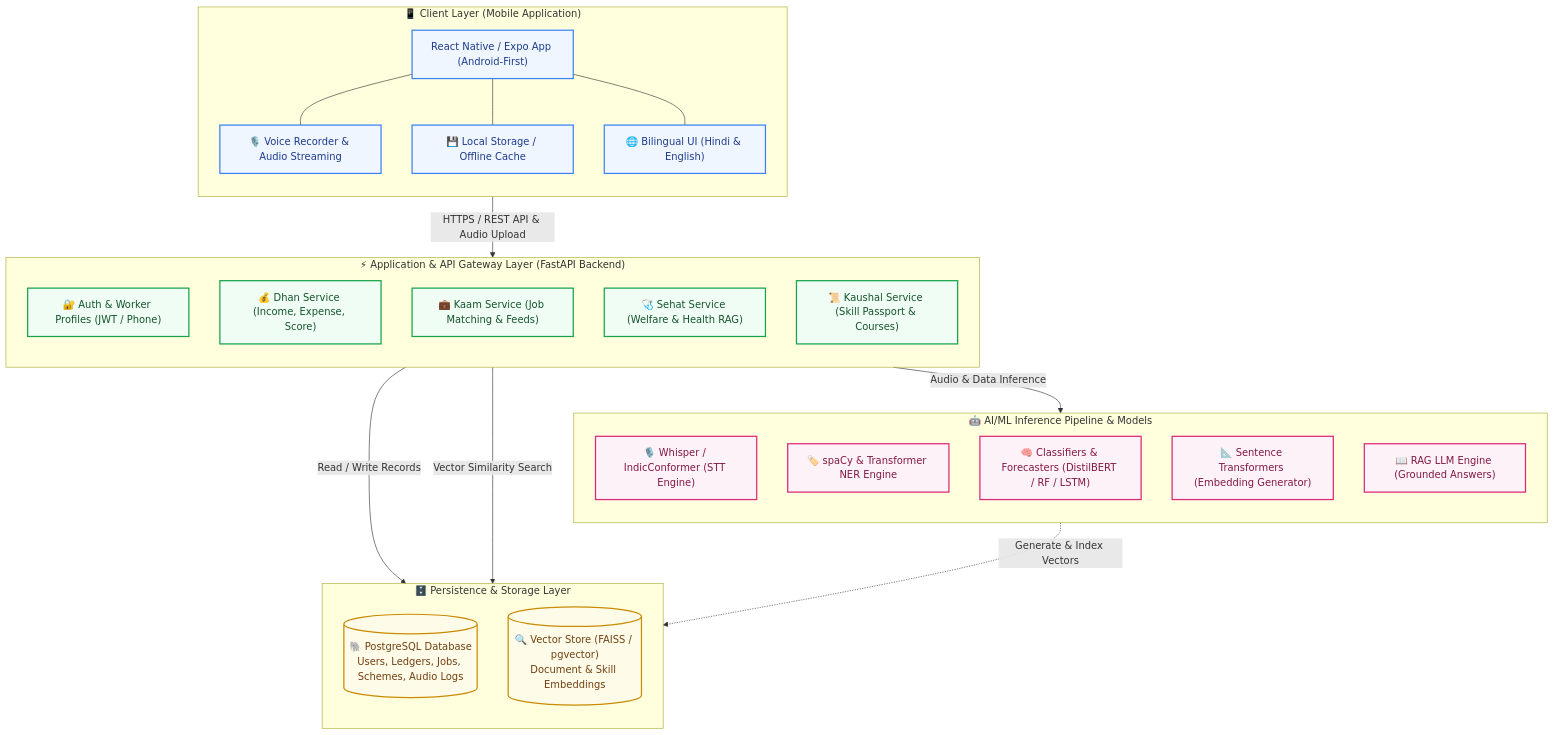
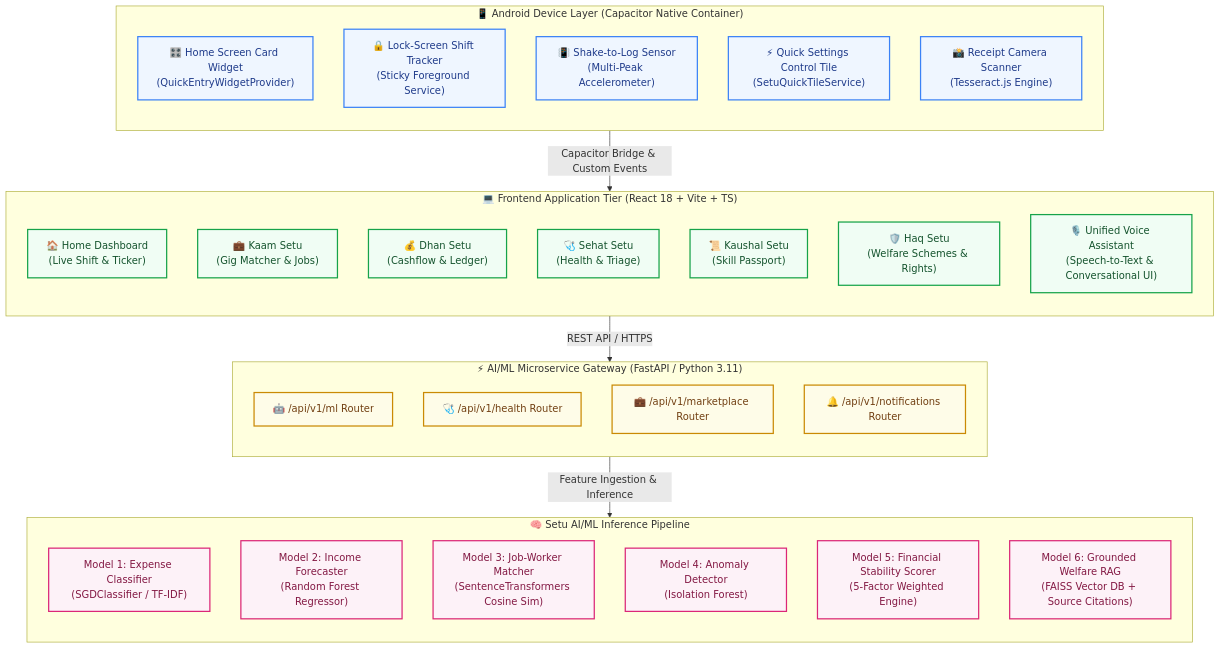
The first of 2 diagrams in README.md (bhumika-chaudhari/fairwork-setu), drawn with Mermaid before and after one commit. The commit also changed other lines of this file, not shown here.

Commit message:
docs(readme): rewrite comprehensive presentation-ready README with architecture, native innovations, and ML pipelines

````diff
--- a/README.md
+++ b/README.md
@@ -33,55 +34,56 @@
 ```mermaid
 flowchart TD
-    subgraph ClientTier ["📱 Client Layer (Mobile Application)"]
+    subgraph MobileDevice ["📱 Android Device Layer (Capacitor Native Container)"]
         direction TB
-        RN["React Native / Expo App (Android-First)"]
-        VoiceRec["🎙️ Voice Recorder & Audio Streaming"]
-        LocalCache["💾 Local Storage / Offline Cache"]
-        i18n["🌐 Bilingual UI (Hindi & English)"]
-        RN --- VoiceRec
-        RN --- LocalCache
-        RN --- i18n
+        AppWidget["🎛️ Home Screen Card Widget<br/>(QuickEntryWidgetProvider)"]
+        LockScreen["🔒 Lock-Screen Shift Tracker<br/>(Sticky Foreground Service)"]
+        ShakeSensor["📳 Shake-to-Log Sensor<br/>(Multi-Peak Accelerometer)"]
+        QuickTile["⚡ Quick Settings Control Tile<br/>(SetuQuickTileService)"]
+        CameraOCR["📸 Receipt Camera Scanner<br/>(Tesseract.js Engine)"]
     end
 
-    subgraph APITier ["⚡ Application & API Gateway Layer (FastAPI Backend)"]
+    subgraph ClientPWA ["💻 Frontend Application Tier (React 18 + Vite + TS)"]
         direction TB
-        AuthSvc["🔐 Auth & Worker Profiles (JWT / Phone)"]
-        DhanSvc["💰 Dhan Service (Income, Expense, Score)"]
-        KaamSvc["💼 Kaam Service (Job Matching & Feeds)"]
-        SehatSvc["🩺 Sehat Service (Welfare & Health RAG)"]
-        KaushalSvc["📜 Kaushal Service (Skill Passport & Courses)"]
+        UI_Home["🏠 Home Dashboard<br/>(Live Shift & Ticker)"]
+        UI_Kaam["💼 Kaam Setu<br/>(Gig Matcher & Jobs)"]
+        UI_Dhan["💰 Dhan Setu<br/>(Cashflow & Ledger)"]
+        UI_Sehat["🩺 Sehat Setu<br/>(Health & Triage)"]
+        UI_Kaushal["📜 Kaushal Setu<br/>(Skill Passport)"]
+        UI_Haq["🛡️ Haq Setu<br/>(Welfare Schemes & Rights)"]
+        VoiceAssistant["🎙️ Unified Voice Assistant<br/>(Speech-to-Text & Conversational UI)"]
     end
 
-    ClientTier -->|"HTTPS / REST API & Audio Upload"| APITier
+    MobileDevice -->|"Capacitor Bridge & Custom Events"| ClientPWA
 
-    subgraph DataTier ["🗄️ Persistence & Storage Layer"]
+    subgraph BackendAPI ["⚡ AI/ML Microservice Gateway (FastAPI / Python 3.11)"]
         direction TB
-        Postgres[("🐘 PostgreSQL Database<br/>Users, Ledgers, Jobs, Schemes, Audio Logs")]
-        VectorDB[("🔍 Vector Store (FAISS / pgvector)<br/>Document & Skill Embeddings")]
+        Router_ML["🤖 /api/v1/ml Router"]
+        Router_Health["🩺 /api/v1/health Router"]
+        Router_Market["💼 /api/v1/marketplace Router"]
+        Router_Notify["🔔 /api/v1/notifications Router"]
     end
 
-    APITier -->|"Read / Write Records"| Postgres
-    APITier -->|"Vector Similarity Search"| VectorDB
+    ClientPWA -->|"REST API / HTTPS"| BackendAPI
 
-    subgraph MLSvcTier ["🤖 AI/ML Inference Pipeline & Models"]
+    subgraph MLModels ["🧠 Setu AI/ML Inference Pipeline"]
         direction TB
-        WhisperASR["🎙️ Whisper / IndicConformer (STT Engine)"]
-        NLP_NER["🏷️ spaCy & Transformer NER Engine"]
-        Classifiers["🧠 Classifiers & Forecasters (DistilBERT / RF / LSTM)"]
-        Embedder["📐 Sentence Transformers (Embedding Generator)"]
-        RAG_LLM["📖 RAG LLM Engine (Grounded Answers)"]
+        M1["Model 1: Expense Classifier<br/>(SGDClassifier / TF-IDF)"]
+        M2["Model 2: Income Forecaster<br/>(Random Forest Regressor)"]
+        M3["Model 3: Job-Worker Matcher<br/>(SentenceTransformers Cosine Sim)"]
+        M4["Model 4: Anomaly Detector<br/>(Isolation Forest)"]
+        M5["Model 5: Financial Stability Scorer<br/>(5-Factor Weighted Engine)"]
+        M6["Model 6: Grounded Welfare RAG<br/>(FAISS Vector DB + Source Citations)"]
     end
 
-    APITier -->|"Audio & Data Inference"| MLSvcTier
-    Embedder -.->|"Generate & Index Vectors"| VectorDB
+    BackendAPI -->|"Feature Ingestion & Inference"| MLModels
 
-    classDef client fill:#eff6ff,stroke:#3b82f6,stroke-width:2px,color:#1e3a8a;
-    classDef api fill:#f0fdf4,stroke:#16a34a,stroke-width:2px,color:#14532d;
-    classDef data fill:#fefce8,stroke:#ca8a04,stroke-width:2px,color:#713f12;
+    classDef mobile fill:#eff6ff,stroke:#3b82f6,stroke-width:2px,color:#1e3a8a;
+    classDef client fill:#f0fdf4,stroke:#16a34a,stroke-width:2px,color:#14532d;
+    classDef api fill:#fefce8,stroke:#ca8a04,stroke-width:2px,color:#713f12;
     classDef ml fill:#fdf2f8,stroke:#db2777,stroke-width:2px,color:#831843;
 
-    class RN,VoiceRec,LocalCache,i18n client;
-    class AuthSvc,DhanSvc,KaamSvc,SehatSvc,KaushalSvc api;
-    class Postgres,VectorDB data;
-    class WhisperASR,NLP_NER,Classifiers,Embedder,RAG_LLM ml;
+    class AppWidget,LockScreen,ShakeSensor,QuickTile,CameraOCR mobile;
+    class UI_Home,UI_Kaam,UI_Dhan,UI_Sehat,UI_Kaushal,UI_Haq,VoiceAssistant client;
+    class Router_ML,Router_Health,Router_Market,Router_Notify api;
+    class M1,M2,M3,M4,M5,M6 ml;
 ```
````
